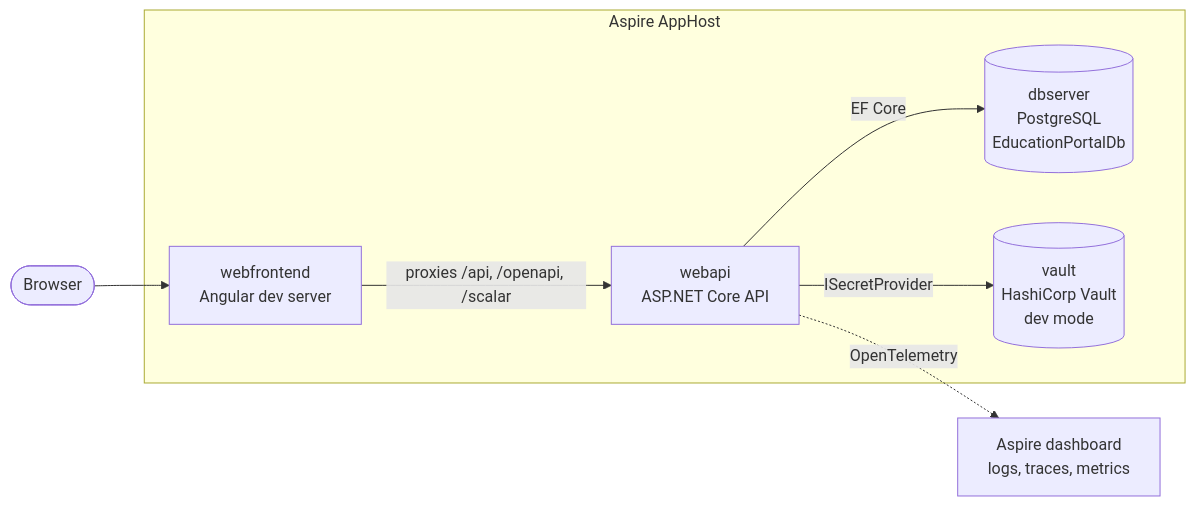
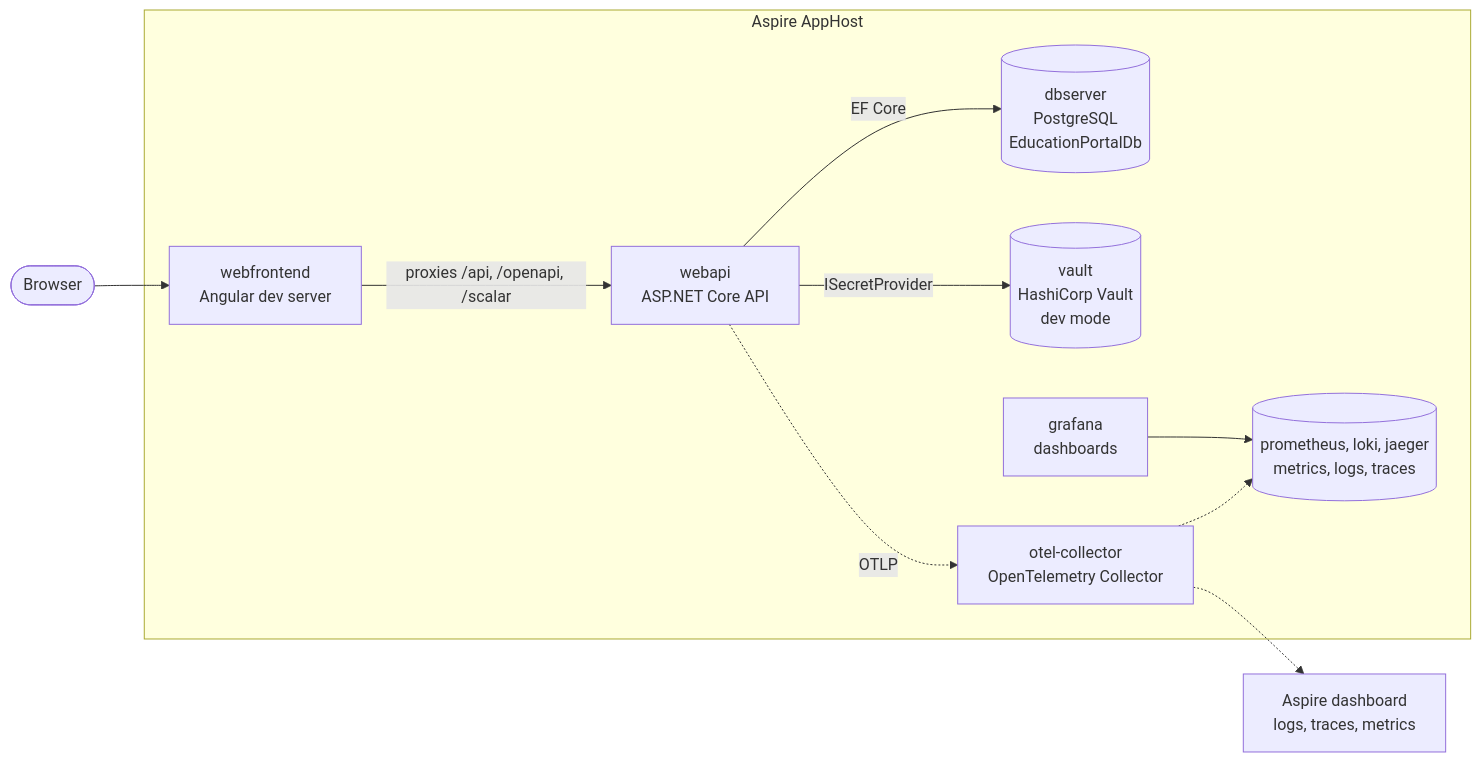
Before and after one commit to ahmedshahjr/Education-Portal: the first of 6 diagrams in README.md, drawn with Mermaid. The commit also changed other lines of this file and 35 other files, not shown here.

First line of the commit message:
Add OpenTelemetry observability with a local Grafana stack

````diff
--- a/README.md
+++ b/README.md
@@ -117,16 +117,22 @@
 ```mermaid
 flowchart LR
     browser(["Browser"])
     subgraph apphost["Aspire AppHost"]
         frontend["webfrontend<br/>Angular dev server"]
         api["webapi<br/>ASP.NET Core API"]
         db[("dbserver<br/>PostgreSQL<br/>EducationPortalDb")]
         vault[("vault<br/>HashiCorp Vault<br/>dev mode")]
+        collector["otel-collector<br/>OpenTelemetry Collector"]
+        obs[("prometheus, loki, jaeger<br/>metrics, logs, traces")]
+        grafana["grafana<br/>dashboards"]
     end
     dashboard["Aspire dashboard<br/>logs, traces, metrics"]
     browser --> frontend
     frontend -->|"proxies /api, /openapi, /scalar"| api
     api -->|"EF Core"| db
     api -->|"ISecretProvider"| vault
-    api -.->|"OpenTelemetry"| dashboard
+    api -.->|"OTLP"| collector
+    collector -.-> obs
+    collector -.-> dashboard
+    grafana --> obs
 ```
````
